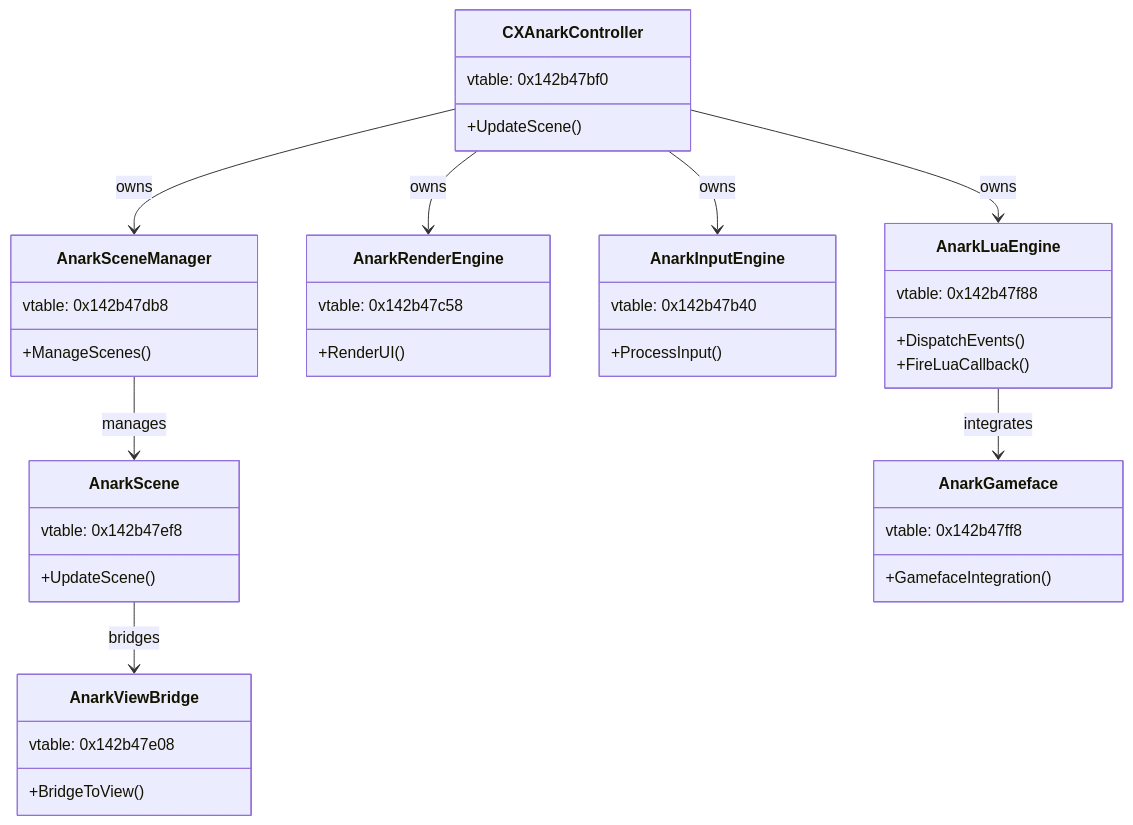
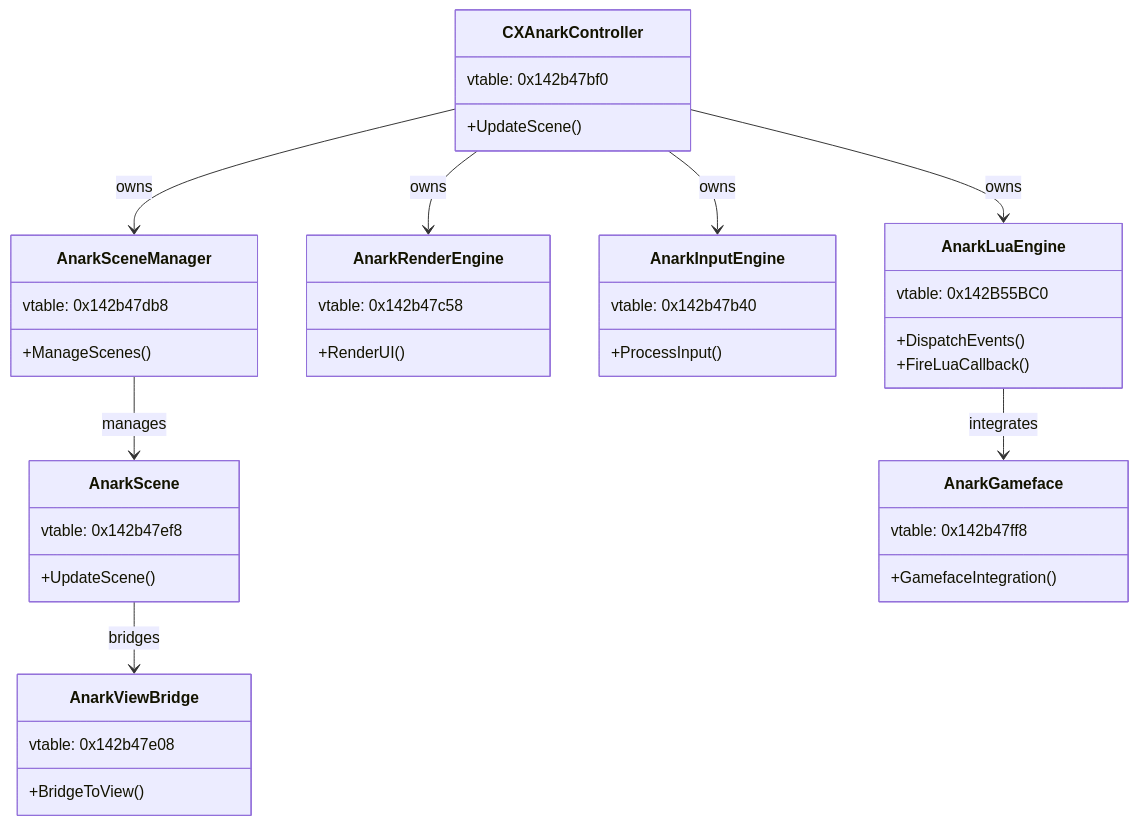
Before and after one commit to eg3r/X4Native: the fifth of 8 diagrams in docs/rev/SUBSYSTEMS.md, drawn with Mermaid. The commit also changed other lines of this file and 13 other files, not shown here.

````diff
--- a/docs/rev/SUBSYSTEMS.md
+++ b/docs/rev/SUBSYSTEMS.md
@@ -307,44 +362,44 @@
 ```mermaid
 classDiagram
     class CXAnarkController {
         vtable: 0x142b47bf0
         +UpdateScene()
     }
     class AnarkLuaEngine {
-        vtable: 0x142b47f88
+        vtable: 0x142B55BC0
         +DispatchEvents()
         +FireLuaCallback()
     }
     class AnarkRenderEngine {
         vtable: 0x142b47c58
         +RenderUI()
     }
     class AnarkInputEngine {
         vtable: 0x142b47b40
         +ProcessInput()
     }
     class AnarkSceneManager {
         vtable: 0x142b47db8
         +ManageScenes()
     }
     class AnarkScene {
         vtable: 0x142b47ef8
         +UpdateScene()
     }
     class AnarkViewBridge {
         vtable: 0x142b47e08
         +BridgeToView()
     }
     class AnarkGameface {
         vtable: 0x142b47ff8
         +GamefaceIntegration()
     }
 
     CXAnarkController --> AnarkLuaEngine : owns
     CXAnarkController --> AnarkRenderEngine : owns
     CXAnarkController --> AnarkInputEngine : owns
     CXAnarkController --> AnarkSceneManager : owns
     AnarkSceneManager --> AnarkScene : manages
     AnarkScene --> AnarkViewBridge : bridges
     AnarkLuaEngine --> AnarkGameface : integrates
 ```
````
